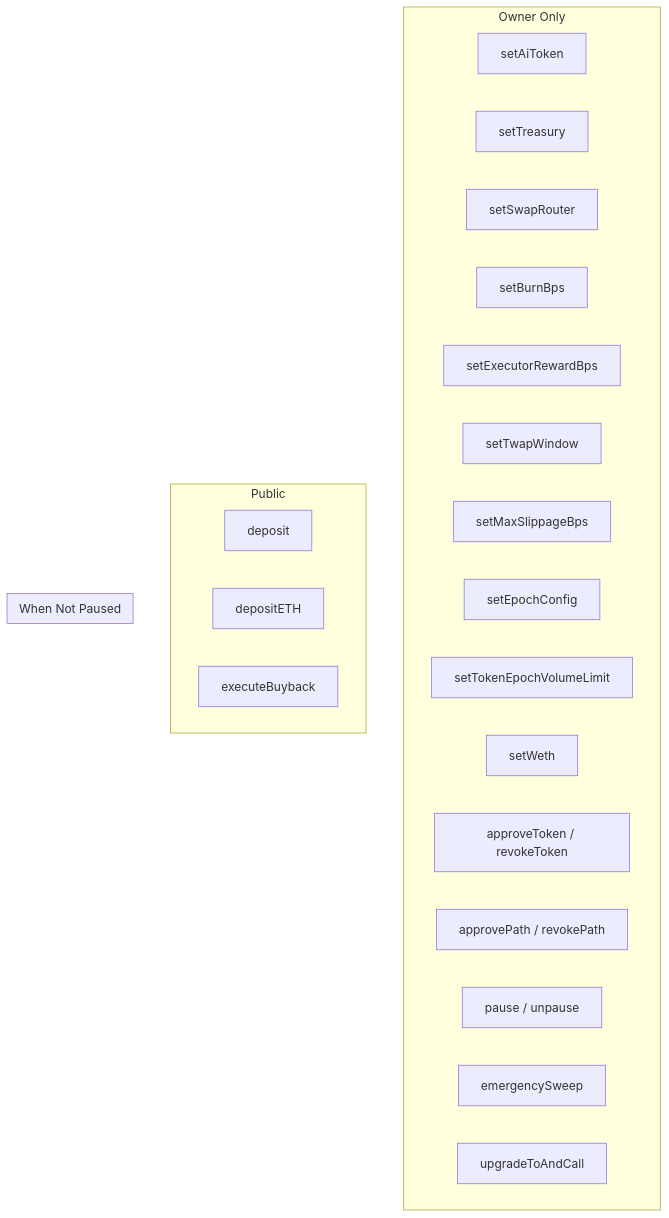
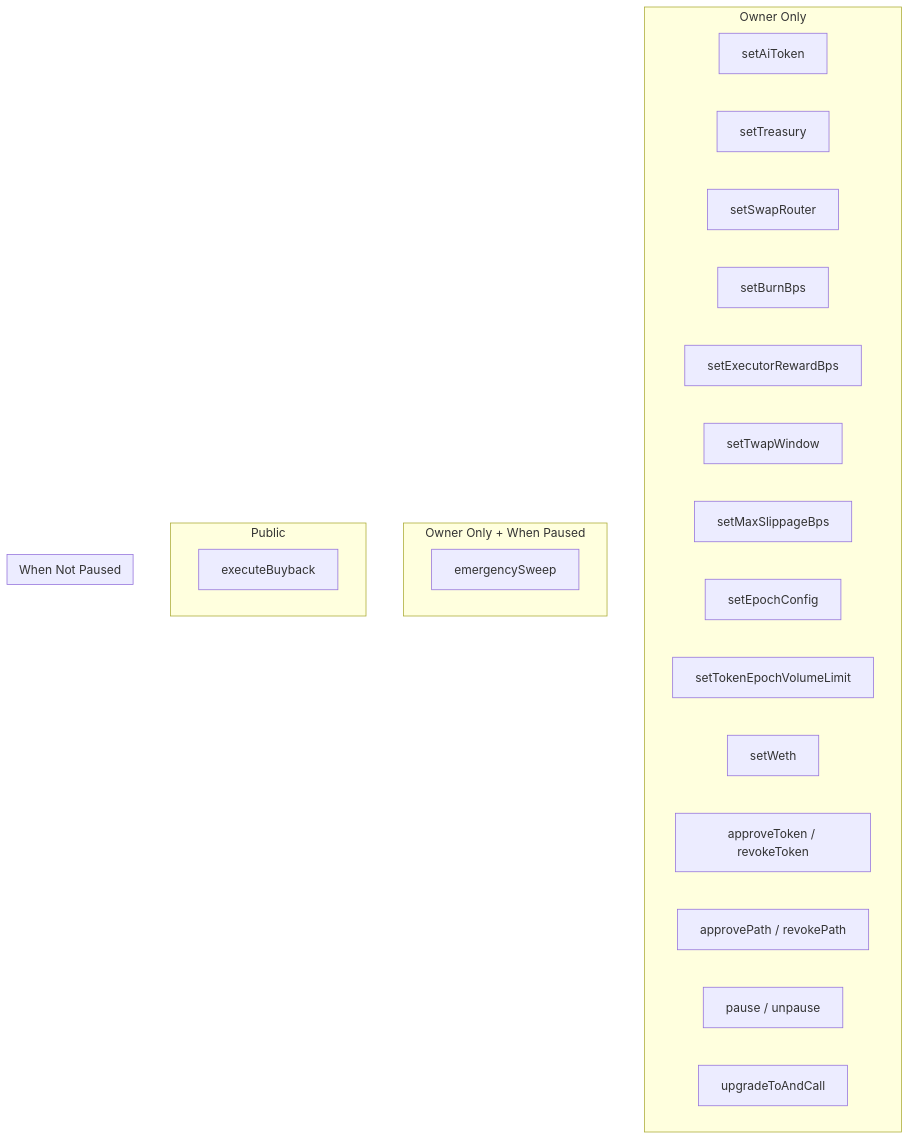
One commit to gensyn-network/gensyn-buyback changed the fifth of 6 diagrams in docs/DESIGN.md. Above: the diagram before and after it, drawn with Mermaid. The commit also changed other lines of this file, not shown here.

First line of the commit message:
docs: update DESIGN.md to reflect removal of deposit functions and direct fund reception model

````diff
--- a/docs/DESIGN.md
+++ b/docs/DESIGN.md
@@ -153,30 +147,31 @@
 ```mermaid
 graph TD
     subgraph Owner Only
         A[setAiToken]
         B[setTreasury]
         C[setSwapRouter]
         D[setBurnBps]
         E[setExecutorRewardBps]
         F[setTwapWindow]
         G[setMaxSlippageBps]
         H[setEpochConfig]
         I[setTokenEpochVolumeLimit]
         J[setWeth]
         K[approveToken / revokeToken]
         L[approvePath / revokePath]
         M[pause / unpause]
-        N[emergencySweep]
         O[upgradeToAndCall]
     end
     
+    subgraph Owner Only + When Paused
+        N[emergencySweep]
+    end
+    
     subgraph Public
-        P[deposit]
-        Q[depositETH]
         R[executeBuyback]
     end
     
     subgraph When Not Paused
         R
     end
 ```
````
